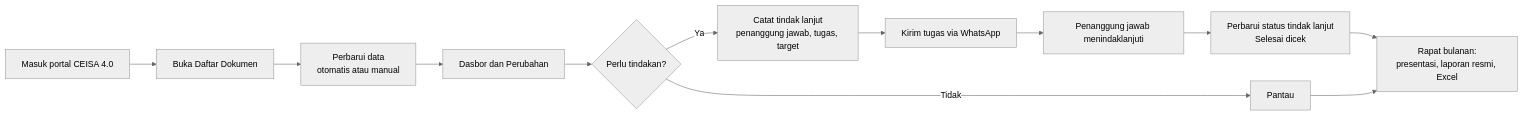
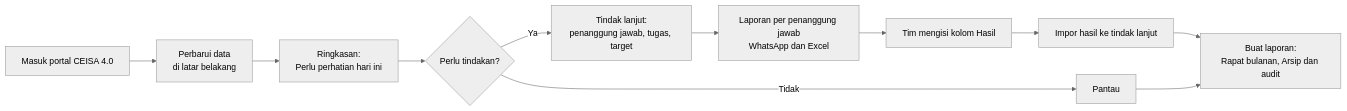
Before and after one commit to triasahoy/ceisa-monitor: the diagram in docs/ALUR_KERJA.md, drawn with Mermaid (neutral theme). The commit also changed other lines of this file and 149 other files, not shown here.

Commit message:
Dokumentasi dan situs 2.1.0: halaman awal baru, panduan, tanya jawab, tutorial, demo, kebijakan privasi

````diff
--- a/docs/ALUR_KERJA.md
+++ b/docs/ALUR_KERJA.md
@@ -9,14 +9,13 @@
 ```mermaid
 flowchart LR
-  A[Masuk portal CEISA 4.0] --> B[Buka Daftar Dokumen]
-  B --> C[Perbarui data<br>otomatis atau manual]
-  C --> D[Dasbor dan Perubahan]
-  D --> E{Perlu tindakan?}
-  E -- Ya --> F[Catat tindak lanjut<br>penanggung jawab, tugas, target]
-  F --> G[Kirim tugas via WhatsApp]
-  G --> H[Penanggung jawab menindaklanjuti]
-  H --> I[Perbarui status tindak lanjut<br>Selesai dicek]
-  E -- Tidak --> J[Pantau]
-  I --> K[Rapat bulanan:<br>presentasi, laporan resmi, Excel]
-  J --> K
+  A[Masuk portal CEISA 4.0] --> B[Perbarui data<br>di latar belakang]
+  B --> C[Ringkasan:<br>Perlu perhatian hari ini]
+  C --> D{Perlu tindakan?}
+  D -- Ya --> E[Tindak lanjut:<br>penanggung jawab, tugas, target]
+  E --> F[Laporan per penanggung jawab<br>WhatsApp dan Excel]
+  F --> G[Tim mengisi kolom Hasil]
+  G --> H[Impor hasil ke tindak lanjut]
+  D -- Tidak --> I[Pantau]
+  H --> J[Buat laporan:<br>Rapat bulanan, Arsip dan audit]
+  I --> J
 ```
````
